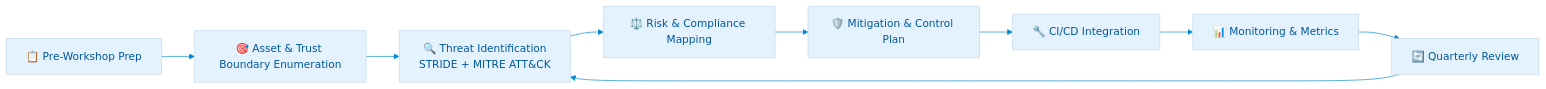
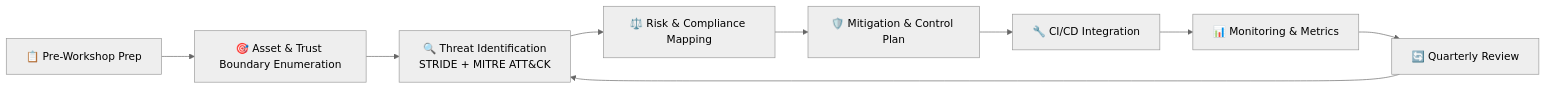
One commit to step-security-bot/cia-compliance-manager changed diagram 11 of 15 in docs/architecture/THREAT_MODEL.md. Above: the diagram before and after it, drawn with Mermaid. The commit also changed other lines of this file and 27 other files, not shown here.

First line of the commit message:
fix: resolve broken mermaid diagrams and improve color coding to match ISMS style guide (#1106)

````diff
--- a/docs/architecture/THREAT_MODEL.md
+++ b/docs/architecture/THREAT_MODEL.md
@@ -729,23 +675,12 @@
 ```mermaid
-%%{
-  init: {
-    'theme': 'base',
-    'themeVariables': {
-      'primaryColor': '#e3f2fd',
-      'primaryTextColor': '#01579b',
-      'lineColor': '#0288d1',
-      'secondaryColor': '#f1f8e9',
-      'tertiaryColor': '#fff8e1'
-    }
-  }
-}%%
+%%{init: {"theme": "neutral"}}%%
 flowchart LR
     PRE[📋 Pre-Workshop Prep] --> ENUM[🎯 Asset & Trust Boundary Enumeration]
     ENUM --> THREATS[🔍 Threat Identification<br/>STRIDE + MITRE ATT&CK]
     THREATS --> MAP[⚖️ Risk & Compliance Mapping]
     MAP --> PLAN[🛡️ Mitigation & Control Plan]
     PLAN --> INTEG[🔧 CI/CD Integration]
     INTEG --> MON[📊 Monitoring & Metrics]
     MON --> REVIEW[🔄 Quarterly Review]
     REVIEW --> THREATS
 ```
````
